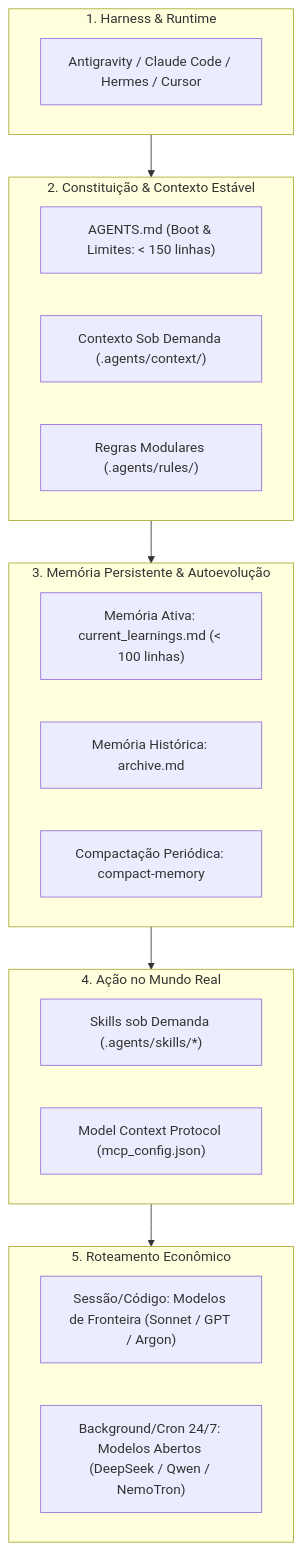
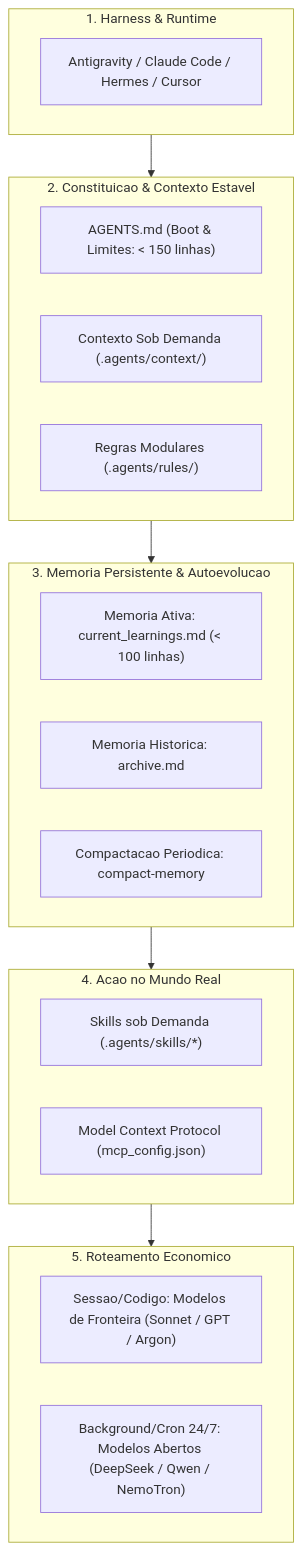
The diagram in README.md (moura07/epic-tesla), drawn with Mermaid before and after one commit. The commit also changed other lines of this file, not shown here.

````diff
--- a/README.md
+++ b/README.md
@@ -28,33 +32,33 @@
 ```mermaid
 flowchart TD
     subgraph L1 ["1. Harness & Runtime"]
         Harness["Antigravity / Claude Code / Hermes / Cursor"]
     end
 
-    subgraph L2 ["2. Constituição & Contexto Estável"]
+    subgraph L2 ["2. Constituicao & Contexto Estavel"]
         Agents["AGENTS.md (Boot & Limites: < 150 linhas)"]
         Context["Contexto Sob Demanda (.agents/context/)"]
         Rules["Regras Modulares (.agents/rules/)"]
     end
 
-    subgraph L3 ["3. Memória Persistente & Autoevolução"]
-        MemAtiva["Memória Ativa: current_learnings.md (< 100 linhas)"]
-        MemArchive["Memória Histórica: archive.md"]
-        Compaction["Compactação Periódica: compact-memory"]
+    subgraph L3 ["3. Memoria Persistente & Autoevolucao"]
+        MemAtiva["Memoria Ativa: current_learnings.md (< 100 linhas)"]
+        MemArchive["Memoria Historica: archive.md"]
+        Compaction["Compactacao Periodica: compact-memory"]
     end
 
-    subgraph L4 ["4. Ação no Mundo Real"]
+    subgraph L4 ["4. Acao no Mundo Real"]
         Skills["Skills sob Demanda (.agents/skills/*)"]
         MCP["Model Context Protocol (mcp_config.json)"]
     end
 
-    subgraph L5 ["5. Roteamento Econômico"]
-        HighLLM["Sessão/Código: Modelos de Fronteira (Sonnet / GPT / Argon)"]
+    subgraph L5 ["5. Roteamento Economico"]
+        HighLLM["Sessao/Codigo: Modelos de Fronteira (Sonnet / GPT / Argon)"]
         LowLLM["Background/Cron 24/7: Modelos Abertos (DeepSeek / Qwen / NemoTron)"]
     end
 
     L1 --> L2
     L2 --> L3
     L3 --> L4
     L4 --> L5
 ```
````
